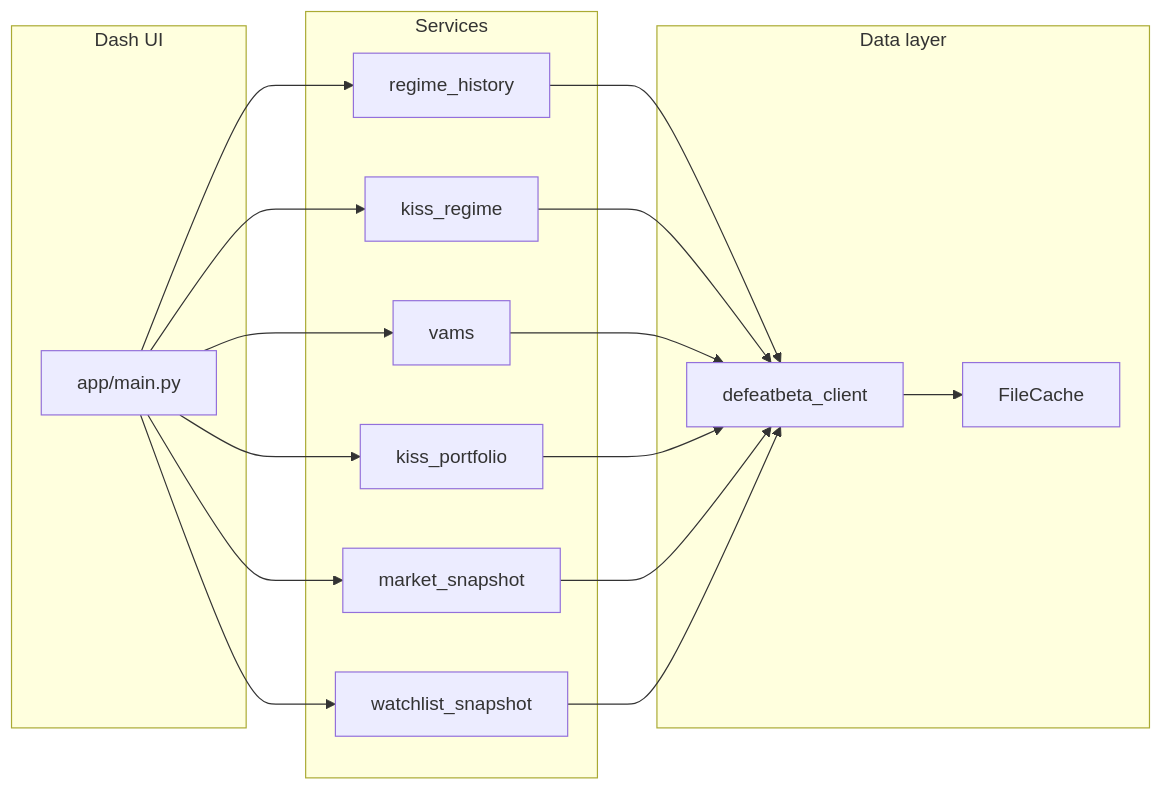
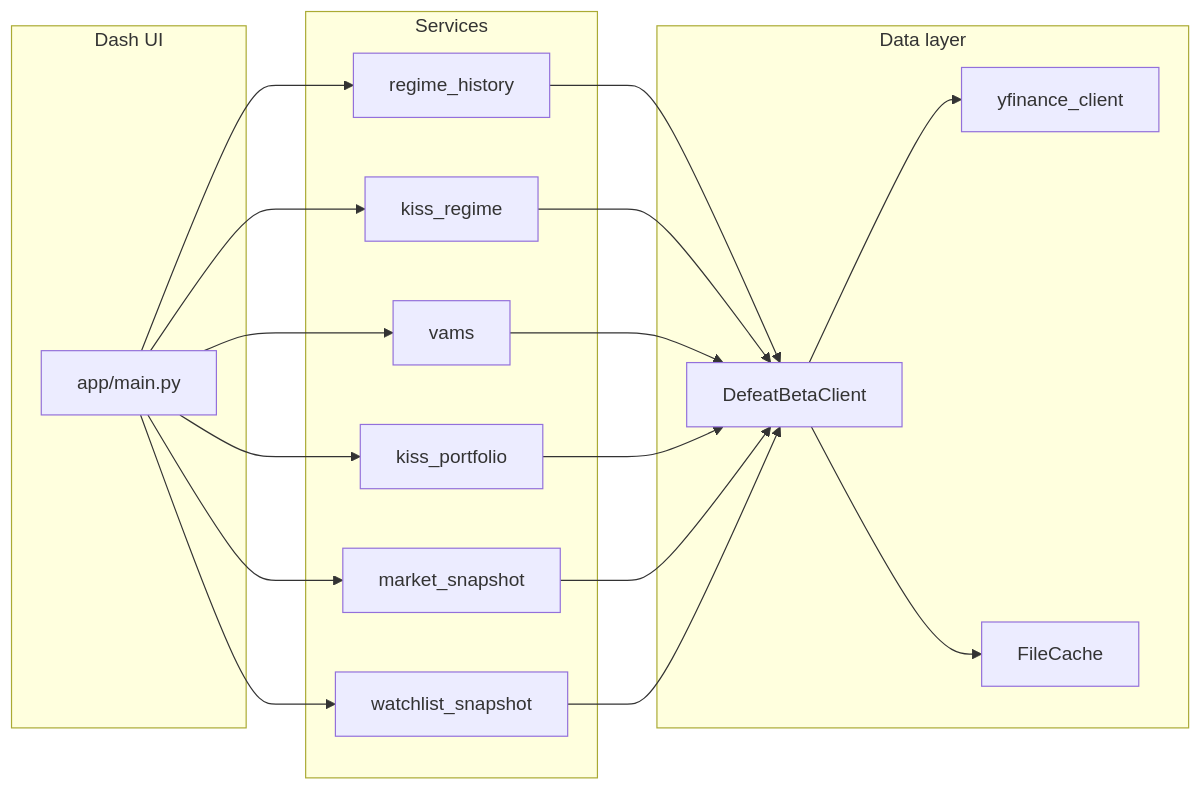
Before and after one commit to mattfaltyn/market_watch: the diagram in docs/architecture.md, drawn with Mermaid. The commit also changed other lines of this file and 27 other files, not shown here.

````diff
--- a/docs/architecture.md
+++ b/docs/architecture.md
@@ -19,31 +19,33 @@
 ```mermaid
 flowchart LR
   subgraph ui [Dash UI]
     main[app/main.py]
   end
   subgraph services [Services]
     regime_hist[regime_history]
     kiss_reg[kiss_regime]
     vams[vams]
     portfolio[kiss_portfolio]
     mkt[market_snapshot]
     wl[watchlist_snapshot]
   end
   subgraph data [Data layer]
-    client[defeatbeta_client]
+    client[DefeatBetaClient]
+    yf[yfinance_client]
     cache[FileCache]
   end
   main --> regime_hist
   main --> kiss_reg
   main --> vams
   main --> portfolio
   main --> mkt
   main --> wl
   regime_hist --> client
   kiss_reg --> client
   vams --> client
   portfolio --> client
   mkt --> client
   wl --> client
+  client --> yf
   client --> cache
 ```
````
